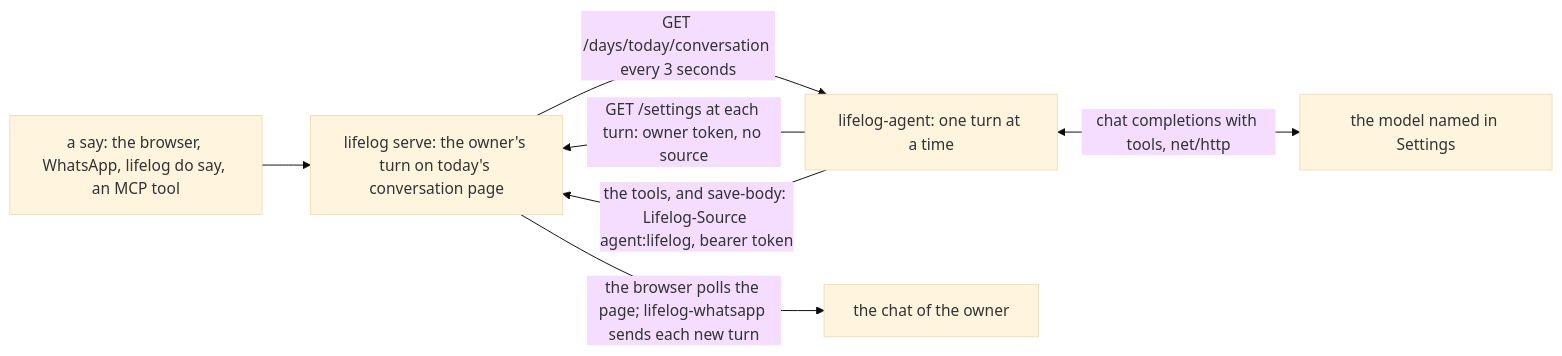
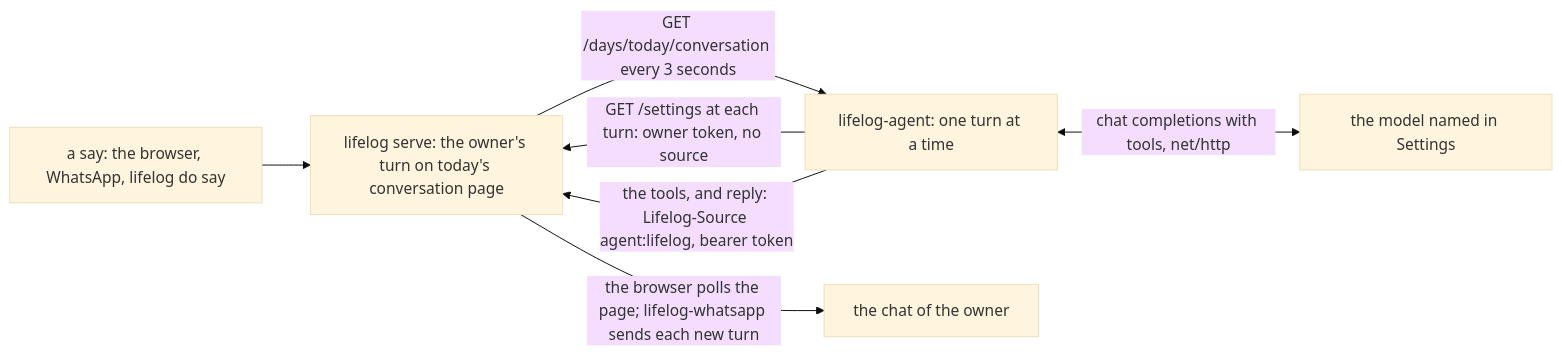
The diagram in extensions/agent/README.md (alexradunet/aminte), drawn with Mermaid (base theme) before and after one commit. The commit also changed other lines of this file and 16 other files, not shown here.

````diff
--- a/extensions/agent/README.md
+++ b/extensions/agent/README.md
@@ -13,9 +13,9 @@
 ```mermaid
 flowchart LR
-  S["a say: the browser, WhatsApp, lifelog do say, an MCP tool"] --> L["lifelog serve: the owner's turn on today's conversation page"]
+  S["a say: the browser, WhatsApp, lifelog do say"] --> L["lifelog serve: the owner's turn on today's conversation page"]
   L -->|"GET /days/today/conversation every 3 seconds"| A["lifelog-agent: one turn at a time"]
   A -->|"GET /settings at each turn: owner token, no source"| L
   A <-->|"chat completions with tools, net/http"| M["the model named in Settings"]
-  A -->|"the tools, and save-body: Lifelog-Source agent:lifelog, bearer token"| L
+  A -->|"the tools, and reply: Lifelog-Source agent:lifelog, bearer token"| L
   L -->|"the browser polls the page; lifelog-whatsapp sends each new turn"| C["the chat of the owner"]
 ```
````
